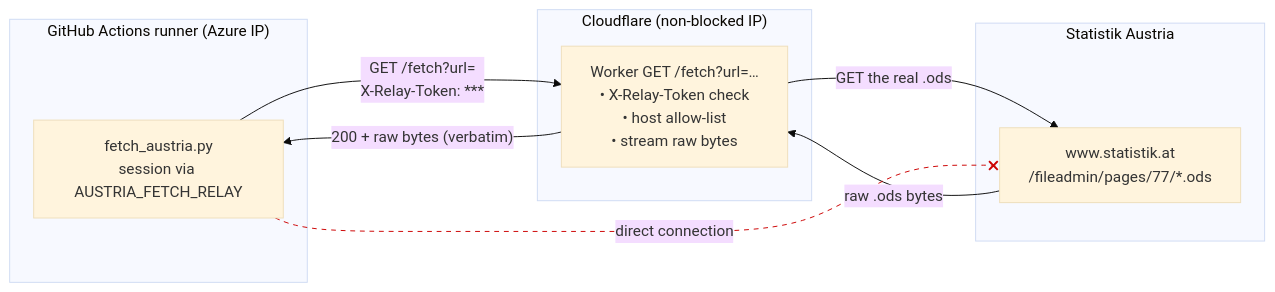
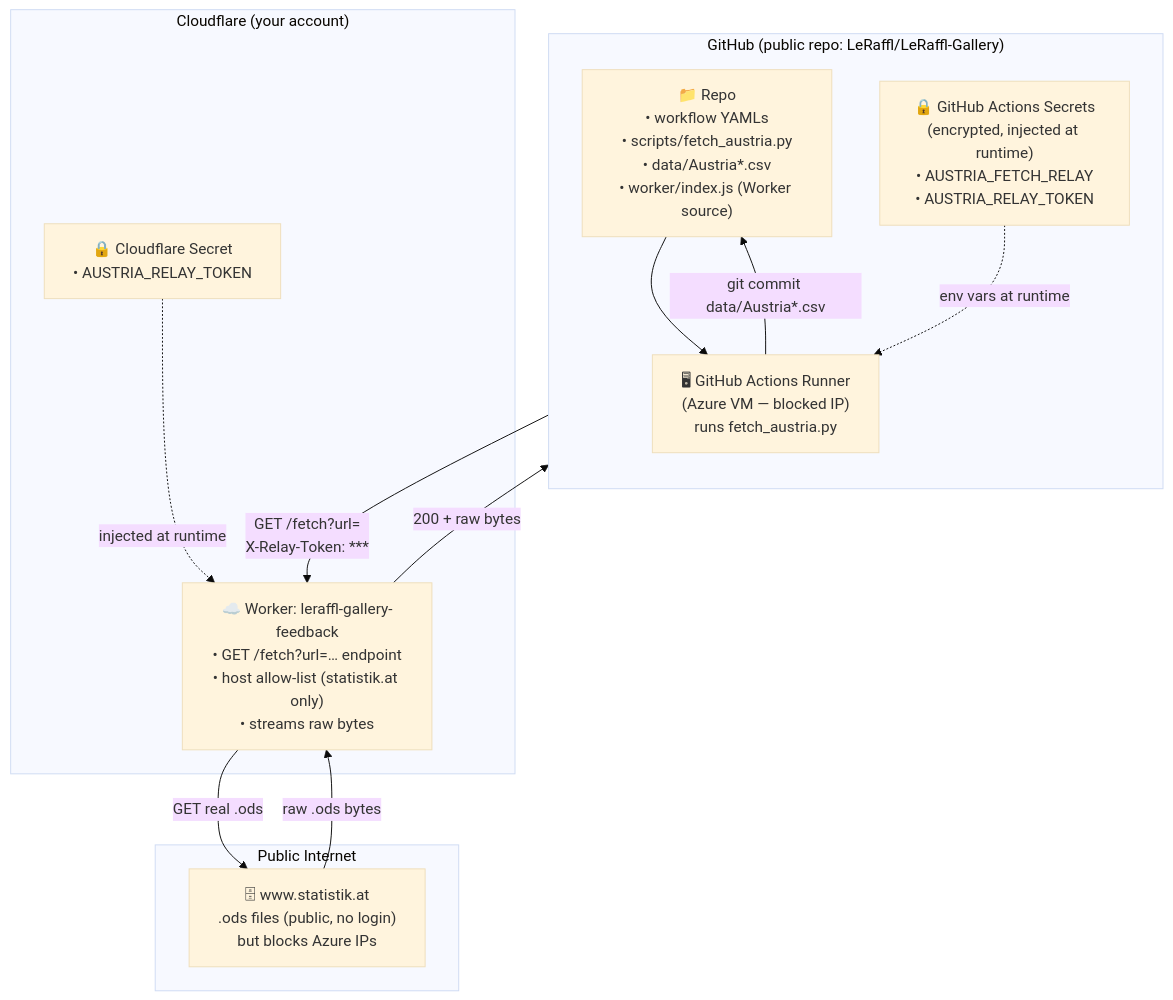
Before and after one commit to LeRaffl/LeRaffl-Gallery: the first of 5 diagrams in docs/architecture/20-source-austria.md, drawn with Mermaid (base theme). The commit also changed other lines of this file, not shown here.

First line of the commit message:
docs(austria): comprehensive architecture doc with full system diagrams

````diff
--- a/docs/architecture/20-source-austria.md
+++ b/docs/architecture/20-source-austria.md
@@ -51,20 +74,27 @@
 ```mermaid
-flowchart LR
-    subgraph GH["GitHub Actions runner (Azure IP)"]
-        Script["fetch_austria.py<br/>session via AUSTRIA_FETCH_RELAY"]
-    end
-    subgraph CF["Cloudflare (non-blocked IP)"]
-        Worker["Worker GET /fetch?url=…<br/>• X-Relay-Token check<br/>• host allow-list<br/>• stream raw bytes"]
-    end
-    subgraph SA["Statistik Austria"]
-        Src["www.statistik.at<br/>/fileadmin/pages/77/*.ods"]
+graph TB
+    subgraph internet["Public Internet"]
+        SA["🗄 www.statistik.at\n.ods files (public, no login)\nbut blocks Azure IPs"]
     end
 
-    Script -- "GET /fetch?url=<encoded .ods URL>\nX-Relay-Token: ***" --> Worker
-    Worker -- "GET the real .ods" --> Src
-    Src -- "raw .ods bytes" --> Worker
-    Worker -- "200 + raw bytes (verbatim)" --> Script
+    subgraph gh["GitHub (public repo: LeRaffl/LeRaffl-Gallery)"]
+        direction TB
+        Repo["📁 Repo\n• workflow YAMLs\n• scripts/fetch_austria.py\n• data/Austria*.csv\n• worker/index.js (Worker source)"]
+        GHSecrets["🔒 GitHub Actions Secrets\n(encrypted, injected at runtime)\n• AUSTRIA_FETCH_RELAY\n• AUSTRIA_RELAY_TOKEN"]
+        Runner["🖥 GitHub Actions Runner\n(Azure VM — blocked IP)\nruns fetch_austria.py"]
+        Repo --> Runner
+        GHSecrets -. "env vars at runtime" .-> Runner
+    end
 
-    Script -. "direct connection" .-x Src
-    linkStyle 4 stroke:#c00,stroke-dasharray:5 5
+    subgraph cf["Cloudflare (your account)"]
+        Worker["☁️ Worker: leraffl-gallery-feedback\n• GET /fetch?url=… endpoint\n• host allow-list (statistik.at only)\n• streams raw bytes"]
+        CFSecret["🔒 Cloudflare Secret\n• AUSTRIA_RELAY_TOKEN"]
+        CFSecret -. "injected at runtime" .-> Worker
+    end
+
+    Runner -- "GET /fetch?url=<encoded-ods-url>\nX-Relay-Token: ***" --> Worker
+    Worker -- "GET real .ods" --> SA
+    SA -- "raw .ods bytes" --> Worker
+    Worker -- "200 + raw bytes" --> Runner
+    Runner -- "git commit data/Austria*.csv" --> Repo
 ```
````
